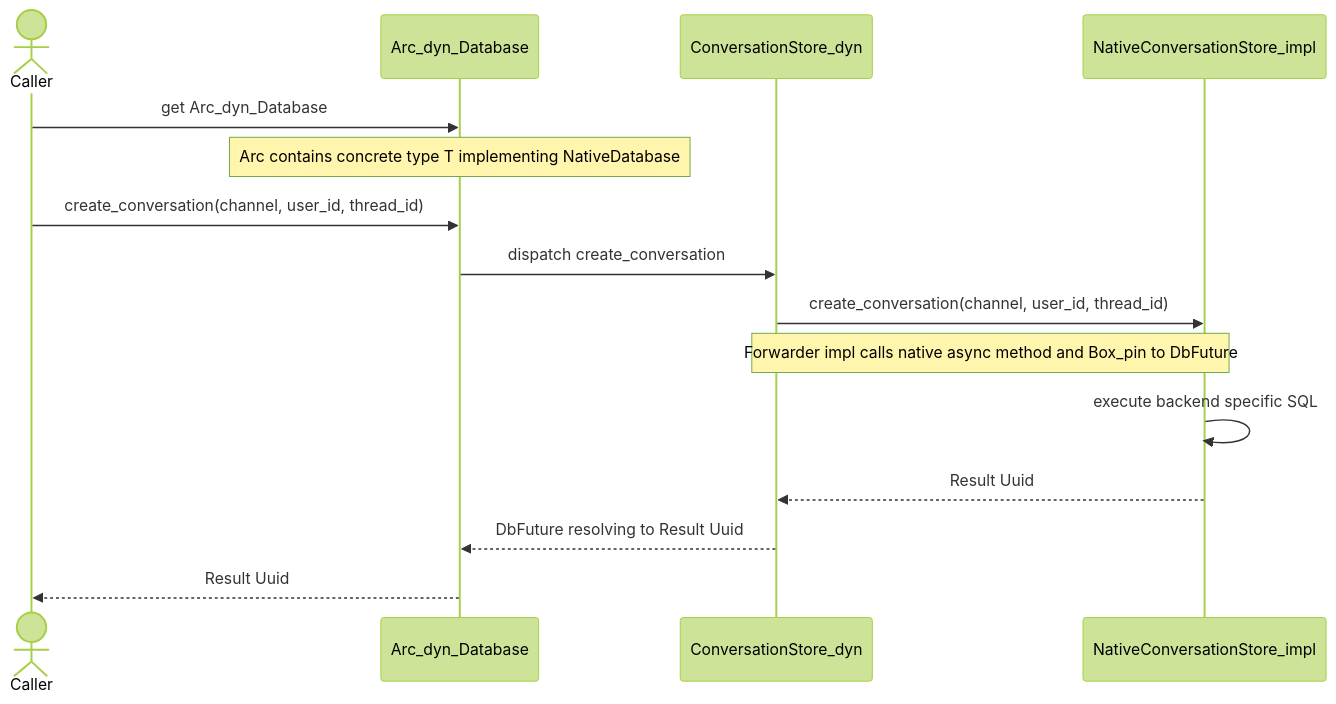
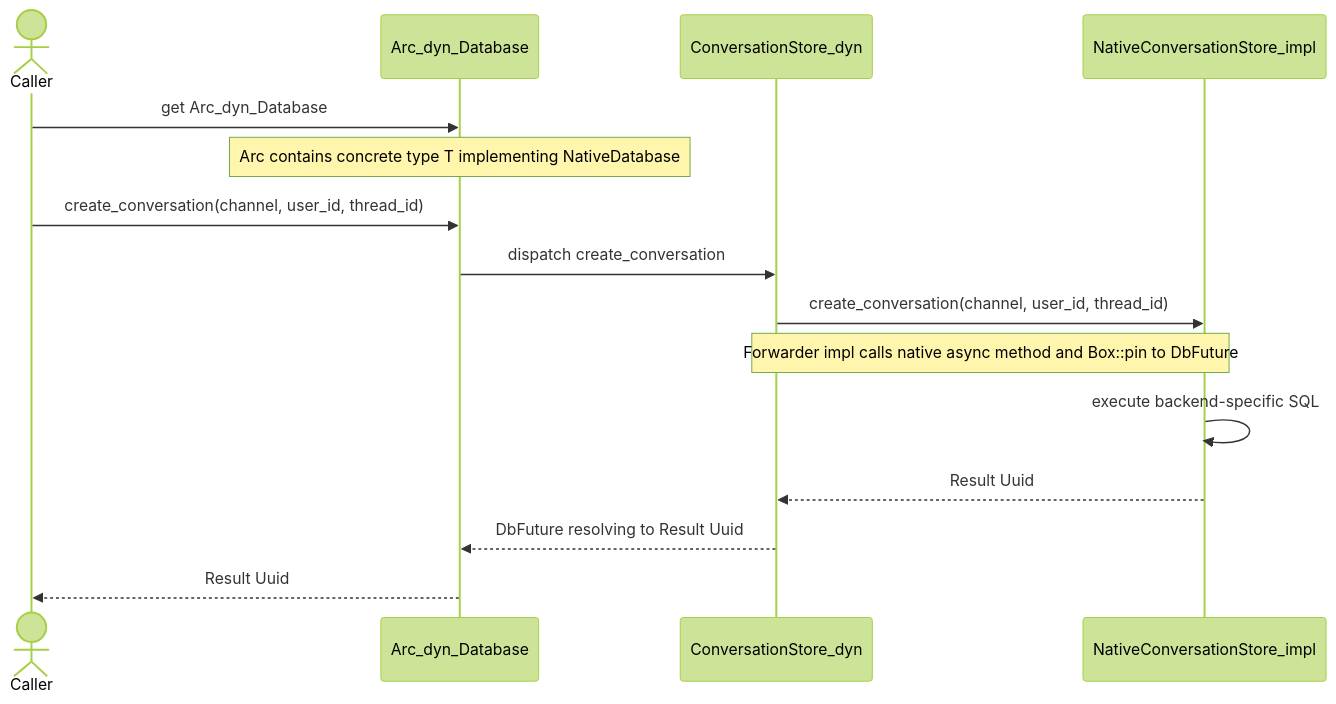
One commit to leynos/axinite changed the diagram in docs/adr-006-dual-trait-pattern-for-dyn-backed-async-interfaces.md. Above: the diagram before and after it, drawn with Mermaid (forest theme). The commit also changed 26 other files, not shown here.

````diff
--- a/docs/adr-006-dual-trait-pattern-for-dyn-backed-async-interfaces.md
+++ b/docs/adr-006-dual-trait-pattern-for-dyn-backed-async-interfaces.md
@@ -312,20 +312,20 @@
 ```mermaid
 sequenceDiagram
     actor Caller
     participant ArcDynDatabase as Arc_dyn_Database
     participant DynConversation as ConversationStore_dyn
     participant NativeImpl as NativeConversationStore_impl
 
     Caller->>ArcDynDatabase: get Arc_dyn_Database
     Note over ArcDynDatabase: Arc contains concrete type T implementing NativeDatabase
 
     Caller->>ArcDynDatabase: create_conversation(channel, user_id, thread_id)
     ArcDynDatabase->>DynConversation: dispatch create_conversation
     DynConversation->>NativeImpl: create_conversation(channel, user_id, thread_id)
-    Note over DynConversation,NativeImpl: Forwarder impl calls native async method and Box_pin to DbFuture
+    Note over DynConversation,NativeImpl: Forwarder impl calls native async method and Box::pin to DbFuture
 
-    NativeImpl->>NativeImpl: execute backend specific SQL
+    NativeImpl->>NativeImpl: execute backend-specific SQL
     NativeImpl-->>DynConversation: Result Uuid
     DynConversation-->>ArcDynDatabase: DbFuture resolving to Result Uuid
     ArcDynDatabase-->>Caller: Result Uuid
 ```
````
